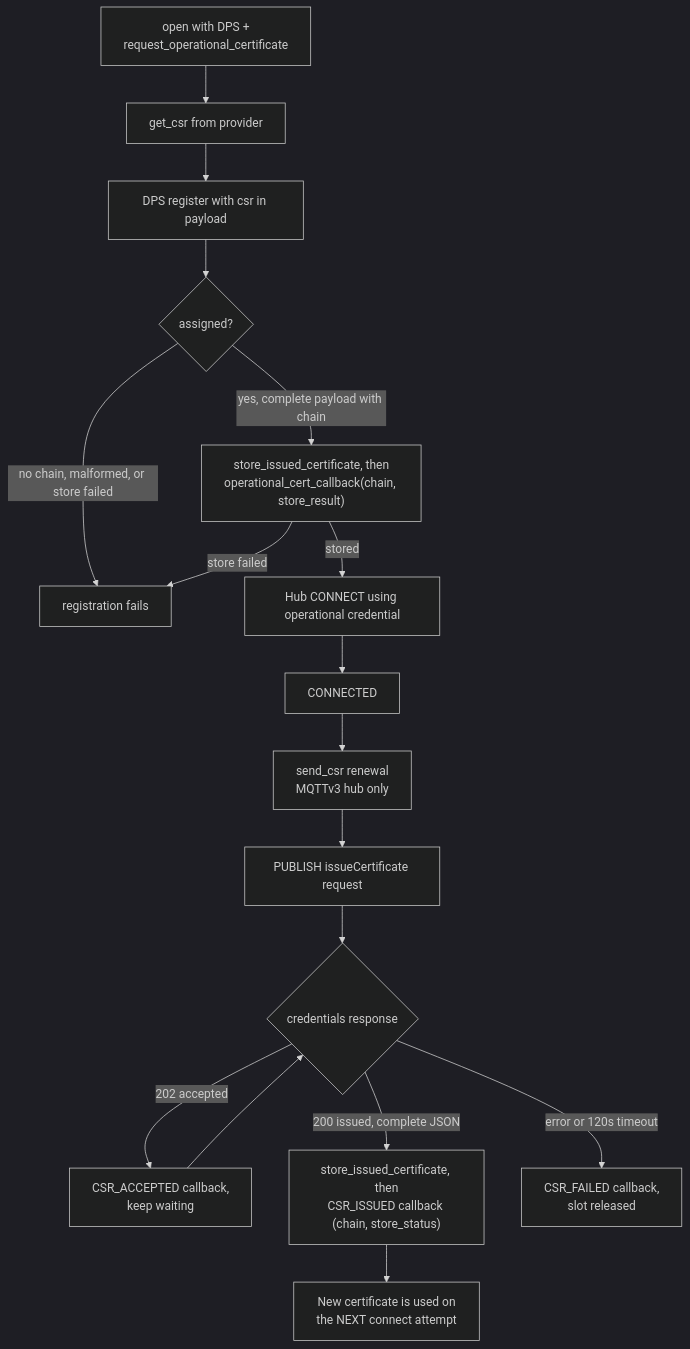
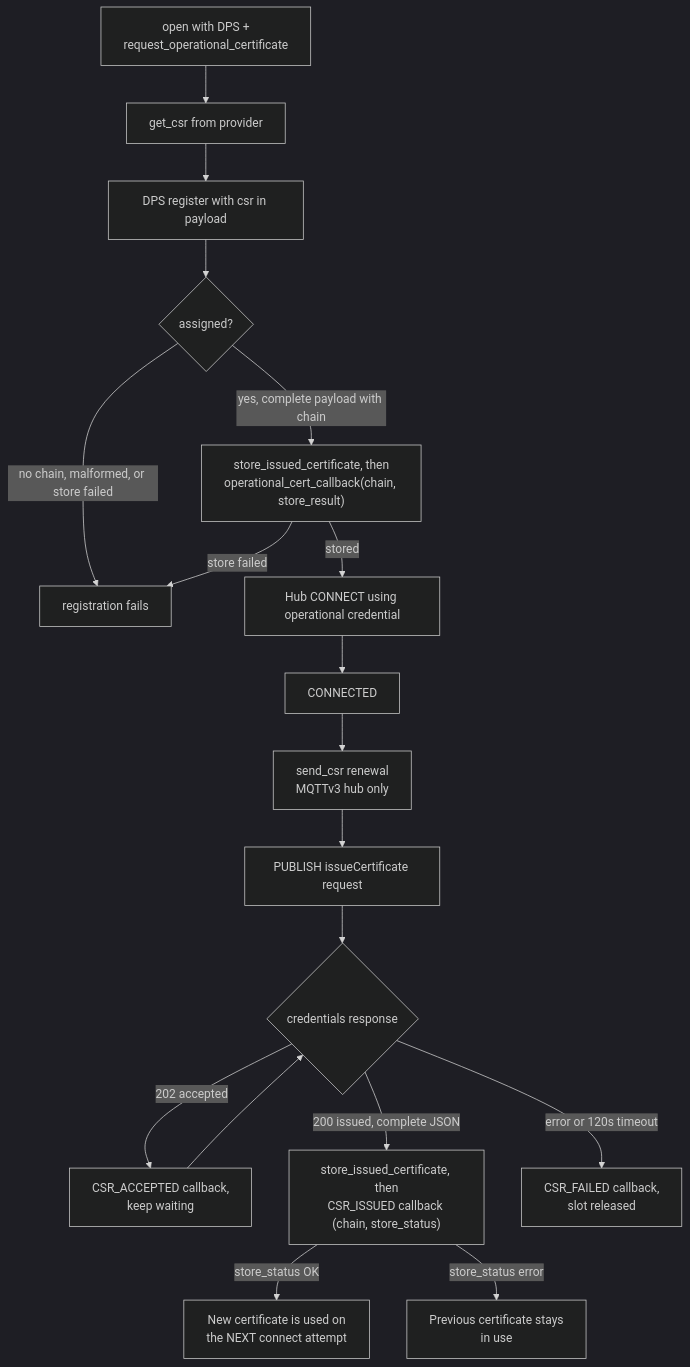
Before and after one commit to Azure/azure-iot-sdk: the sixth of 9 diagrams in c/docs/eng/connection-c.md, drawn with Mermaid (dark theme). The commit also changed 5 other files, not shown here.

````diff
--- a/c/docs/eng/connection-c.md
+++ b/c/docs/eng/connection-c.md
@@ -543,20 +543,21 @@
 ```mermaid
 flowchart TD
     A["open with DPS +<br/>request_operational_certificate"] --> B[get_csr from provider]
     B --> C["DPS register with csr in payload"]
     C --> D{assigned?}
     D -->|"yes, complete payload with chain"| E["store_issued_certificate, then<br/>operational_cert_callback(chain, store_result)"]
     D -->|"no chain, malformed, or store failed"| F["registration fails"]
     E -->|"stored"| G["Hub CONNECT using operational credential"]
     E -->|"store failed"| F
 
     G --> H[CONNECTED]
     H --> I["send_csr renewal<br/>MQTTv3 hub only"]
     I --> J["PUBLISH issueCertificate request"]
     J --> K{credentials response}
     K -->|202 accepted| L["CSR_ACCEPTED callback,<br/>keep waiting"]
     L --> K
     K -->|"200 issued, complete JSON"| M["store_issued_certificate, then<br/>CSR_ISSUED callback (chain, store_status)"]
     K -->|"error or 120s timeout"| N["CSR_FAILED callback,<br/>slot released"]
-    M --> O["New certificate is used on<br/>the NEXT connect attempt"]
+    M -->|store_status OK| O["New certificate is used on<br/>the NEXT connect attempt"]
+    M -->|store_status error| P["Previous certificate stays<br/>in use"]
 ```
````
